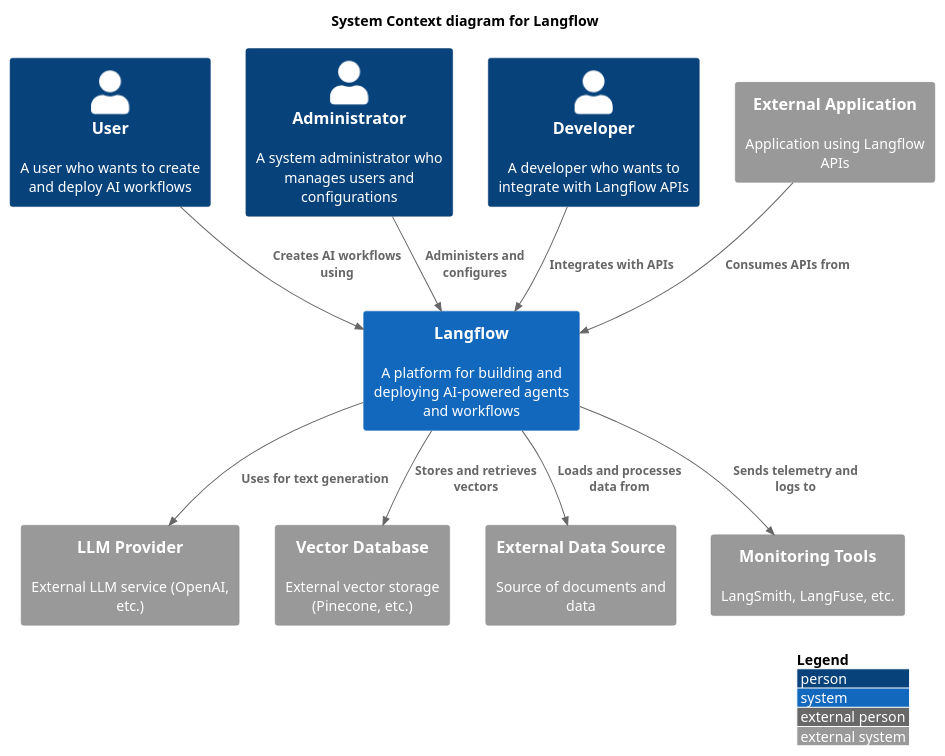
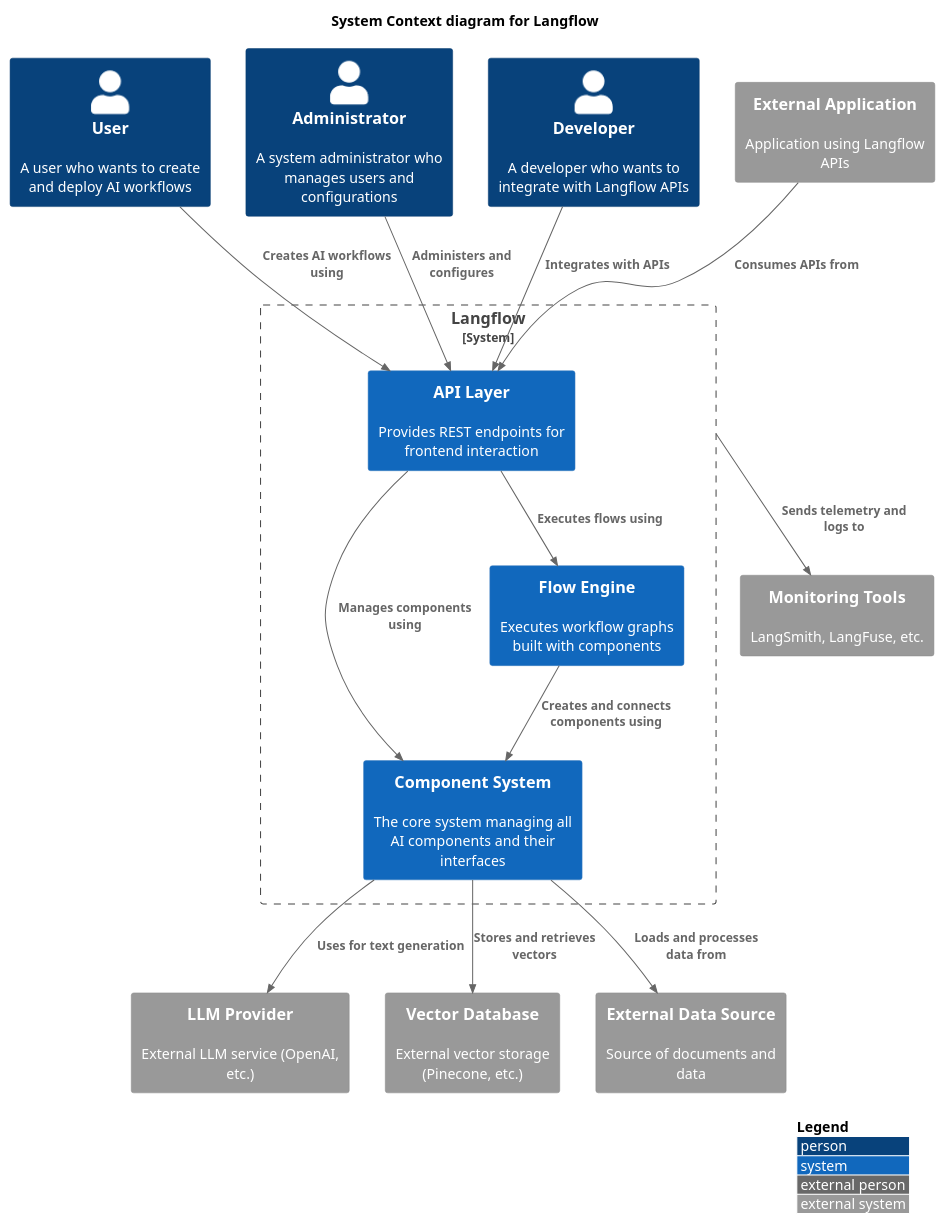
One commit to michaelnguyen11/langflow_docs changed the diagram in diagrams/c4/c4_context_diagram.puml. Above: the diagram before and after it, drawn with PlantUML. The commit also changed 67 other files, not shown here.

```diff
--- a/diagrams/c4/c4_context_diagram.puml
+++ b/diagrams/c4/c4_context_diagram.puml
@@ -1,30 +1,38 @@
 @startuml C4_Context
 !include https://raw.githubusercontent.com/plantuml-stdlib/C4-PlantUML/master/C4_Context.puml
 
 LAYOUT_WITH_LEGEND()
 
 title System Context diagram for Langflow
 
 Person(user, "User", "A user who wants to create and deploy AI workflows")
 Person(admin, "Administrator", "A system administrator who manages users and configurations")
 Person(developer, "Developer", "A developer who wants to integrate with Langflow APIs")
 
-System(langflow, "Langflow", "A platform for building and deploying AI-powered agents and workflows")
+System_Boundary(langflow, "Langflow") {
+    System(component_system, "Component System", "The core system managing all AI components and their interfaces")
+    System(flow_engine, "Flow Engine", "Executes workflow graphs built with components")
+    System(api, "API Layer", "Provides REST endpoints for frontend interaction")
+}
 
 System_Ext(llm_provider, "LLM Provider", "External LLM service (OpenAI, etc.)")
 System_Ext(vector_db, "Vector Database", "External vector storage (Pinecone, etc.)")
 System_Ext(data_source, "External Data Source", "Source of documents and data")
 System_Ext(monitoring, "Monitoring Tools", "LangSmith, LangFuse, etc.")
 System_Ext(external_app, "External Application", "Application using Langflow APIs")
 
-Rel(user, langflow, "Creates AI workflows using")
-Rel(admin, langflow, "Administers and configures")
-Rel(developer, langflow, "Integrates with APIs")
+Rel(user, api, "Creates AI workflows using")
+Rel(admin, api, "Administers and configures")
+Rel(developer, api, "Integrates with APIs")
 
-Rel(langflow, llm_provider, "Uses for text generation")
-Rel(langflow, vector_db, "Stores and retrieves vectors")
-Rel(langflow, data_source, "Loads and processes data from")
+Rel(api, component_system, "Manages components using")
+Rel(api, flow_engine, "Executes flows using")
+Rel(flow_engine, component_system, "Creates and connects components using")
+
+Rel(component_system, llm_provider, "Uses for text generation")
+Rel(component_system, vector_db, "Stores and retrieves vectors")
+Rel(component_system, data_source, "Loads and processes data from")
 Rel(langflow, monitoring, "Sends telemetry and logs to")
-Rel(external_app, langflow, "Consumes APIs from")
+Rel(external_app, api, "Consumes APIs from")
 
 @enduml
```
